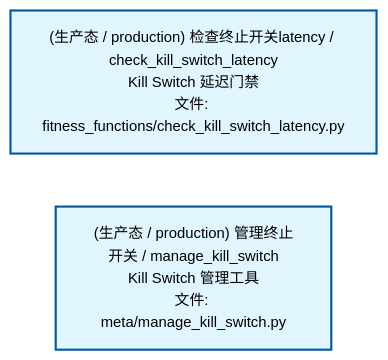
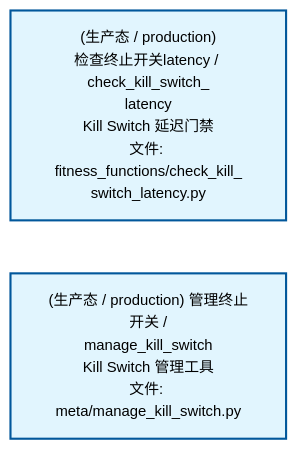
Before and after one commit to xuanFelixVan/ZephyrAlpha: the second of 3 diagrams in docs/02_enterprise_architecture/02_domain_architecture_docs/34_d_autonomy_perm.md, drawn with Mermaid. The commit also changed other lines of this file and 59 other files, not shown here.

````diff
--- a/docs/02_enterprise_architecture/02_domain_architecture_docs/34_d_autonomy_perm.md
+++ b/docs/02_enterprise_architecture/02_domain_architecture_docs/34_d_autonomy_perm.md
@@ -75,12 +75,12 @@
 ```mermaid
 %%{init: {'theme': 'base', 'themeVariables': {'primaryColor': '#eaeaea', 'primaryTextColor': '#333333', 'primaryBorderColor': '#666666', 'lineColor': '#666666', 'secondaryColor': '#eaeaea', 'tertiaryColor': '#eaeaea', 'fontSize': '14px'}}}%%
 flowchart TD
-    scripts_arch_guard_fitness_functions_check_kill_switch_latency_py["(生产态 / production) 检查终止开关latency / check_kill_switch_latency<br/>Kill Switch 延迟门禁<br/>文件: fitness_functions/check_kill_switch_latency.py"]
-    scripts_governance_meta_manage_kill_switch_py["(生产态 / production) 管理终止开关 / manage_kill_switch<br/>Kill Switch 管理工具<br/>文件: meta/manage_kill_switch.py"]
+    scripts_arch_guard_fitness_functions_check_kill_switch_latency_py["(生产态 / production)<br/>检查终止开关latency / check_kill_switch_<br/>latency<br/>Kill Switch 延迟门禁<br/>文件: fitness_functions/check_kill_<br/>switch_latency.py"]
+    scripts_governance_meta_manage_kill_switch_py["(生产态 / production) 管理终止开关 /<br/>manage_kill_switch<br/>Kill Switch 管理工具<br/>文件: meta/manage_kill_switch.py"]
     scripts_arch_guard_fitness_functions_check_kill_switch_latency_py ~~~ scripts_governance_meta_manage_kill_switch_py
     classDef production fill:#e1f5fe,stroke:#01579b,stroke-width:2px,color:#000
     classDef design fill:#fff3e0,stroke:#e65100,stroke-width:2px,color:#000,stroke-dasharray: 5 5
     classDef external_prod fill:#e8f4fd,stroke:#0277bd,stroke-width:1px,color:#000
     classDef external_design fill:#fff8e7,stroke:#ef6c00,stroke-width:1px,color:#000,stroke-dasharray: 5 5
     class scripts_arch_guard_fitness_functions_check_kill_switch_latency_py,scripts_governance_meta_manage_kill_switch_py production
 ```
````
